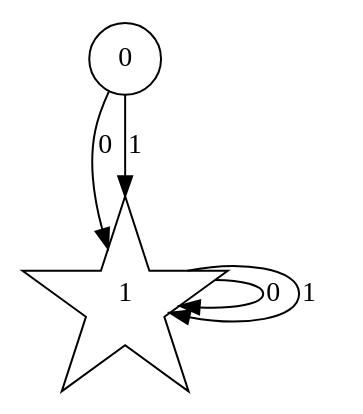
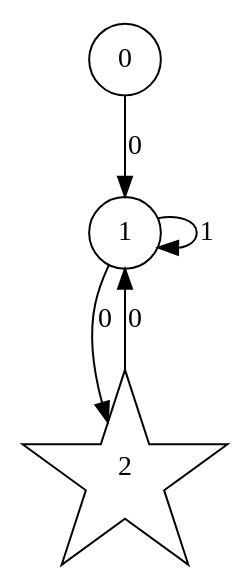
Before and after one commit to luchininaanna/TA: the diagram in determination/determination/out.dot, drawn with Graphviz. The commit also changed 12 other files, not shown here.

```diff
--- a/determination/determination/out.dot
+++ b/determination/determination/out.dot
@@ -1,8 +1,9 @@
 digraph G{
 node [shape=circle]"0"
-node [shape=star]"1"
+node [shape=circle]"1"
+node [shape=star]"2"
 "0"->"1"[label="0"];
-"0"->"1"[label="1"];
-"1"->"1"[label="0"];
+"1"->"2"[label="0"];
 "1"->"1"[label="1"];
+"2"->"1"[label="0"];
 }
```
